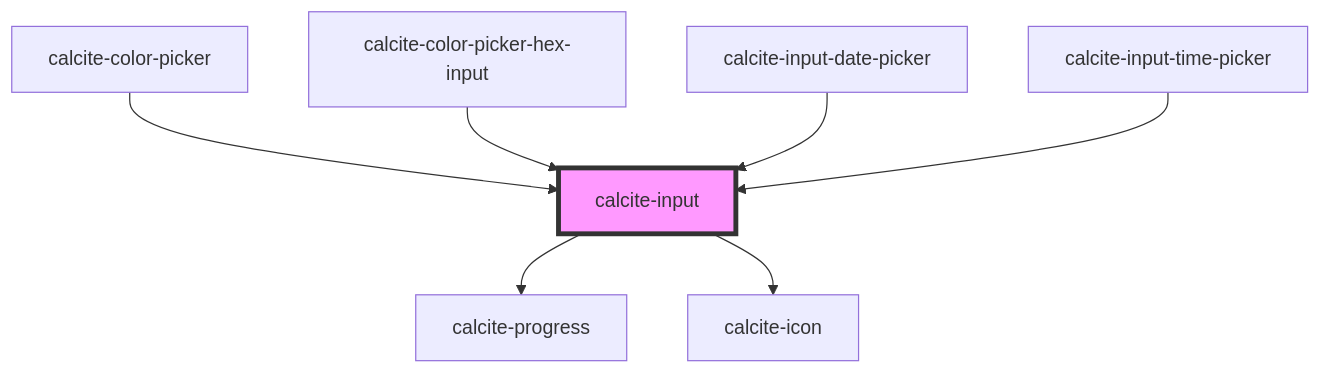
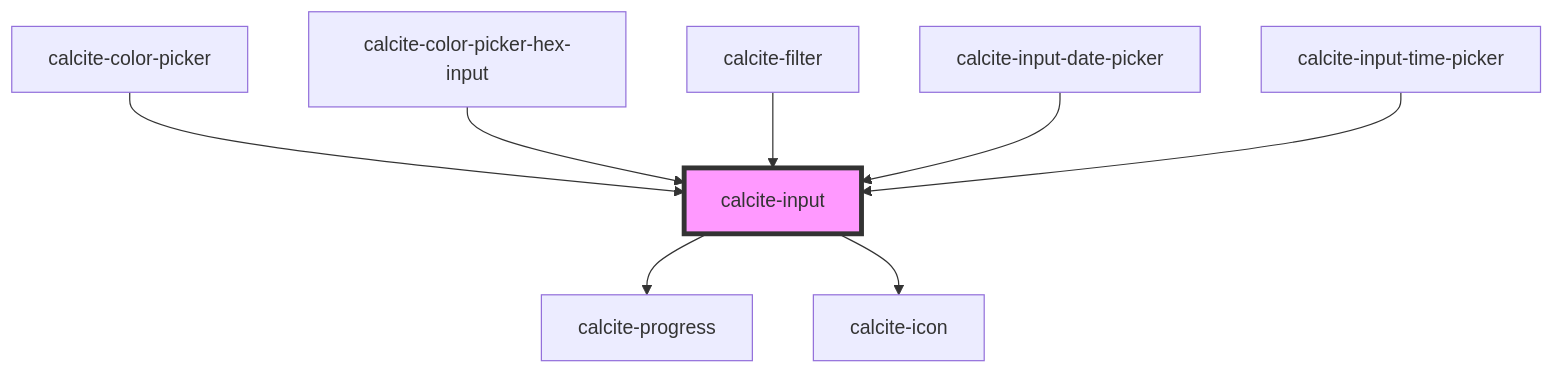
One commit to vikivakarvc/calcite-design-system changed the diagram in src/components/calcite-input/readme.md. Above: the diagram before and after it, drawn with Mermaid. The commit also changed other lines of this file and 11 other files, not shown here.

````diff
--- a/src/components/calcite-input/readme.md
+++ b/src/components/calcite-input/readme.md
@@ -136,10 +137,11 @@
 ```mermaid
 graph TD;
   calcite-input --> calcite-progress
   calcite-input --> calcite-icon
   calcite-color-picker --> calcite-input
   calcite-color-picker-hex-input --> calcite-input
+  calcite-filter --> calcite-input
   calcite-input-date-picker --> calcite-input
   calcite-input-time-picker --> calcite-input
   style calcite-input fill:#f9f,stroke:#333,stroke-width:4px
 ```
````
